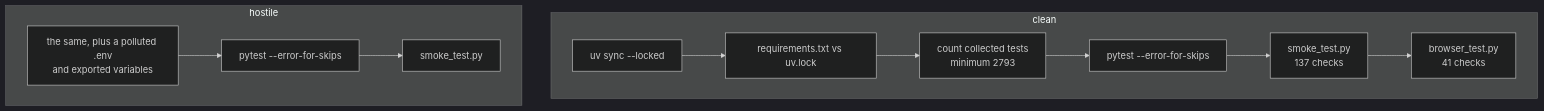
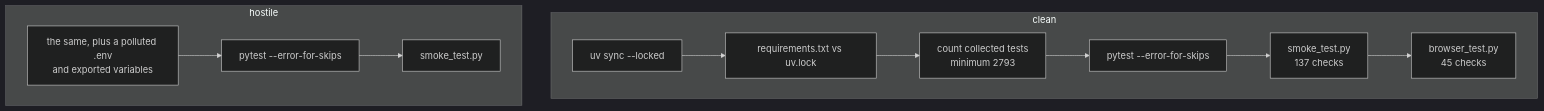
Before and after one commit to IAMN1/link-shortener: the diagram in docs/testing.md, drawn with Mermaid (dark theme). The commit also changed other lines of this file and 17 other files, not shown here.

````diff
--- a/docs/testing.md
+++ b/docs/testing.md
@@ -399,12 +399,12 @@
 ```mermaid
 flowchart TD
     subgraph clean["clean"]
         C1[uv sync --locked] --> C2[requirements.txt vs uv.lock]
         C2 --> C3[count collected tests<br/>minimum 2793] --> C4[pytest --error-for-skips]
-        C4 --> C5[smoke_test.py<br/>137 checks] --> C6[browser_test.py<br/>41 checks]
+        C4 --> C5[smoke_test.py<br/>137 checks] --> C6[browser_test.py<br/>45 checks]
     end
     subgraph hostile["hostile"]
         H1[the same, plus a polluted .env<br/>and exported variables] --> H2[pytest --error-for-skips]
         H2 --> H3[smoke_test.py]
     end
 ```
````
